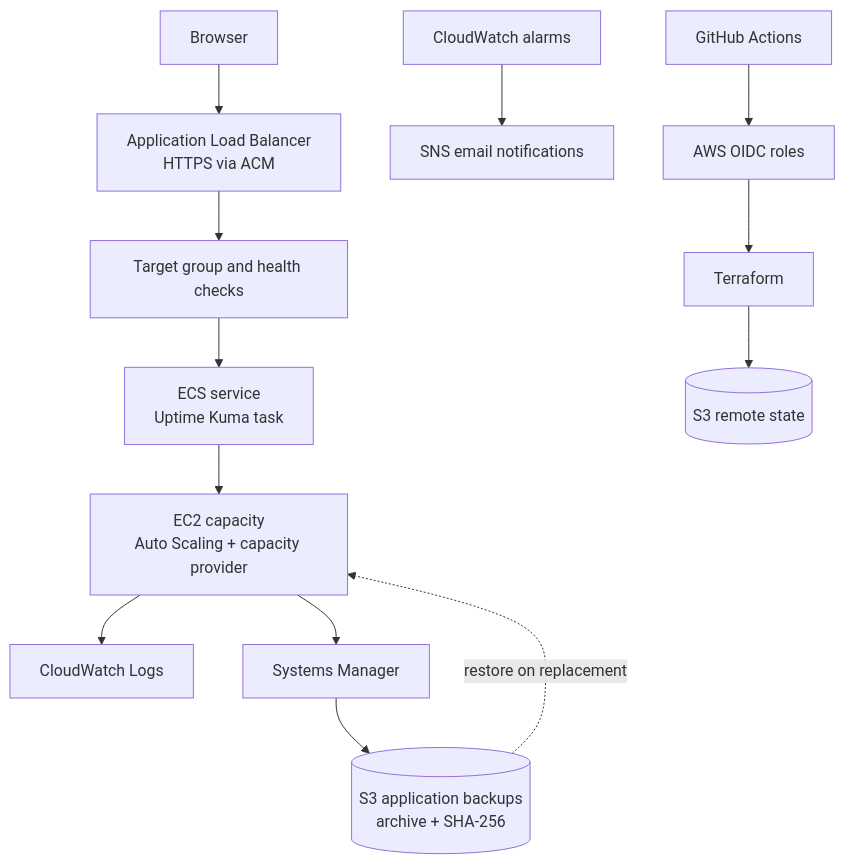
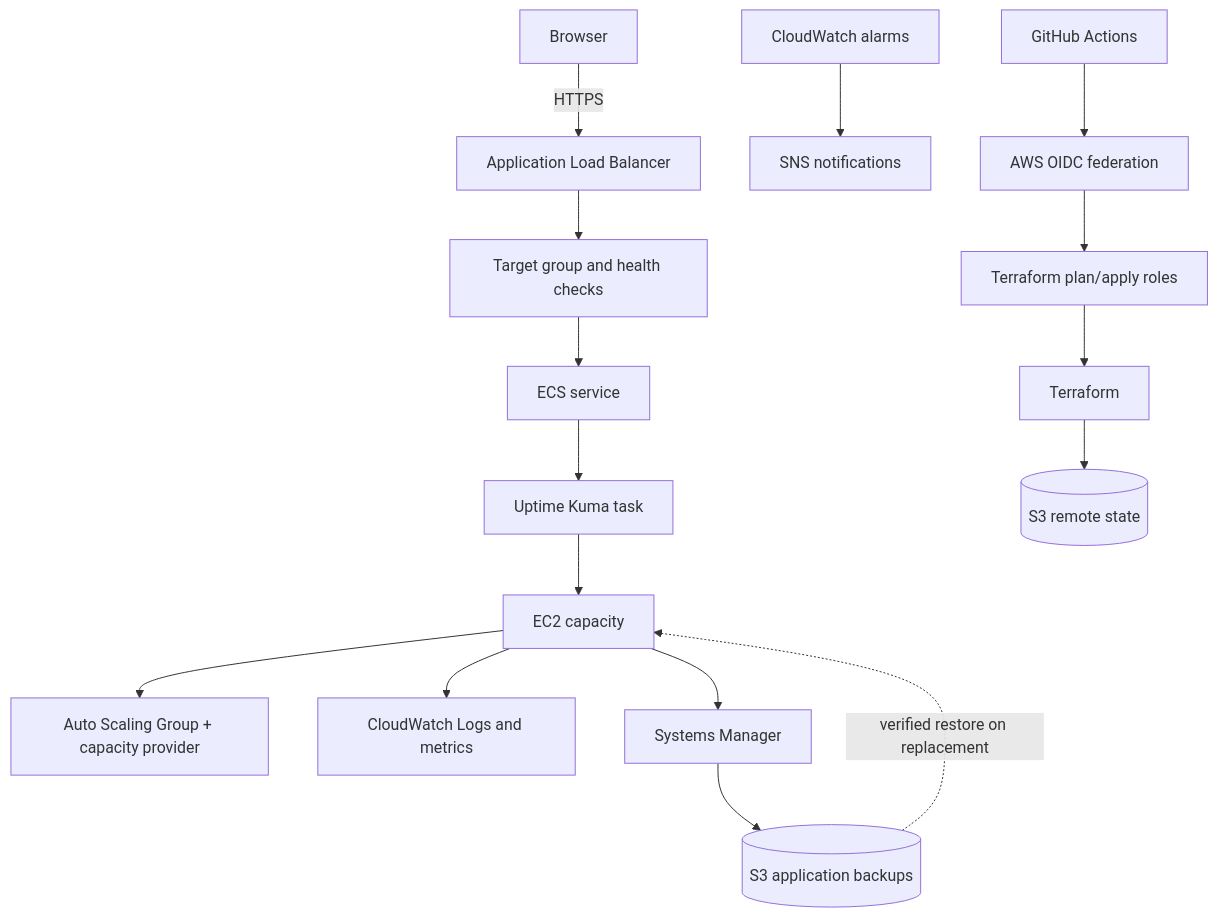
One commit to Pedro-Martins9/uptimekuma-aws-deployment changed the diagram in README.md. Above: the diagram before and after it, drawn with Mermaid. The commit also changed other lines of this file, not shown here.

````diff
--- a/README.md
+++ b/README.md
@@ -16,15 +30,18 @@
 ```mermaid
 flowchart TB
-    Browser[Browser] --> ALB[Application Load Balancer<br/>HTTPS via ACM]
+    User[Browser] -->|HTTPS| ALB[Application Load Balancer]
     ALB --> TG[Target group and health checks]
-    TG --> ECS[ECS service<br/>Uptime Kuma task]
-    ECS --> EC2[EC2 capacity<br/>Auto Scaling + capacity provider]
-    EC2 --> Logs[CloudWatch Logs]
-    EC2 --> SSM[Systems Manager]
-    SSM --> Backup[(S3 application backups<br/>archive + SHA-256)]
-    Backup -. restore on replacement .-> EC2
-    Alarms[CloudWatch alarms] --> SNS[SNS email notifications]
-    GitHub[GitHub Actions] --> OIDC[AWS OIDC roles]
-    OIDC --> TF[Terraform]
+    TG --> Service[ECS service]
+    Service --> Task[Uptime Kuma task]
+    Task --> Host[EC2 capacity]
+    Host --> ASG[Auto Scaling Group + capacity provider]
+    Host --> CW[CloudWatch Logs and metrics]
+    Host --> SSM[Systems Manager]
+    SSM --> S3[(S3 application backups)]
+    S3 -. verified restore on replacement .-> Host
+    Alarm[CloudWatch alarms] --> SNS[SNS notifications]
+    Actions[GitHub Actions] --> OIDC[AWS OIDC federation]
+    OIDC --> Roles[Terraform plan/apply roles]
+    Roles --> TF[Terraform]
     TF --> State[(S3 remote state)]
 ```
````
